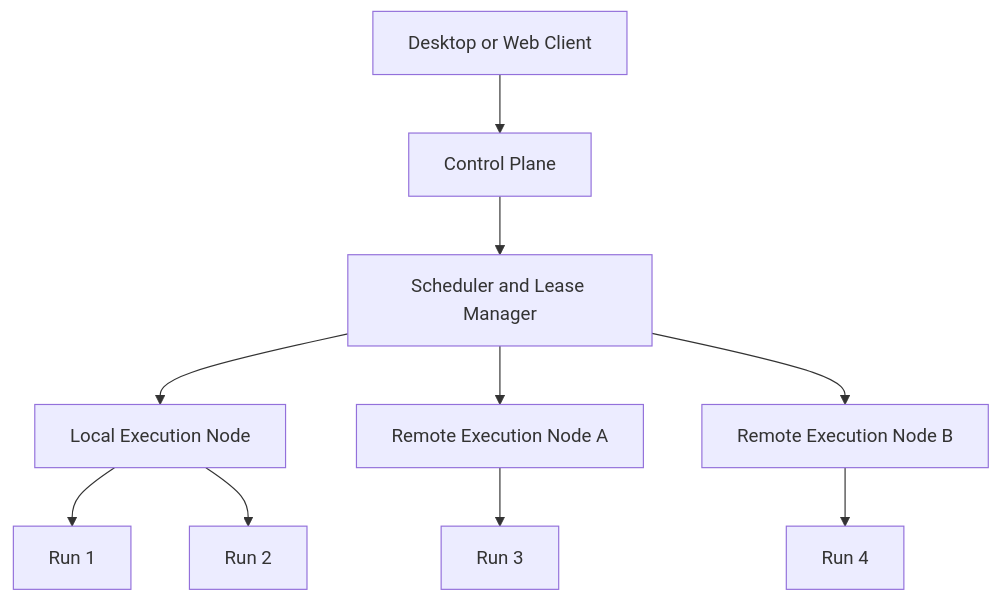
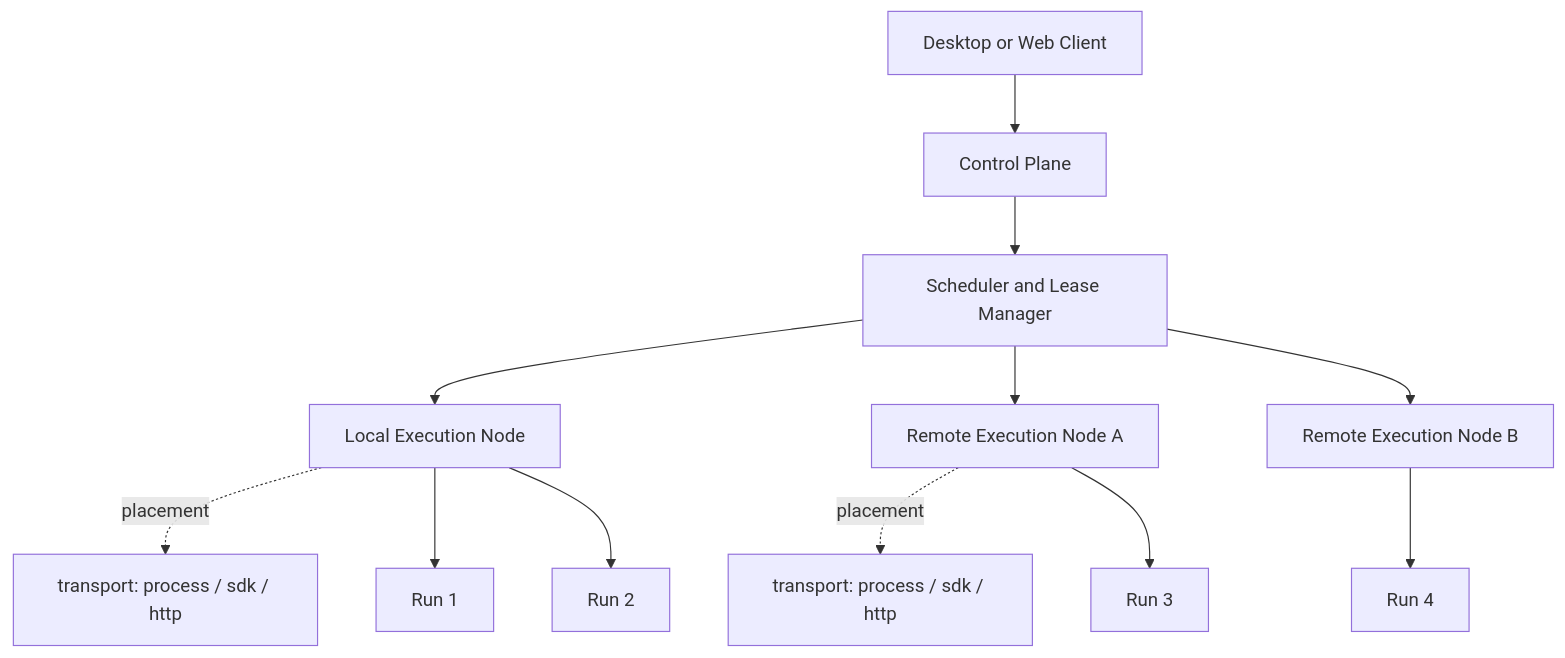
The diagram in docs/diagrams/hybrid-execution-topology.md (nicechencs/workforce), drawn with Mermaid before and after one commit. The commit also changed other lines of this file and 29 other files, not shown here.

First line of the commit message:
docs: align D15-D18 contracts, flows, and docs checks

````diff
--- a/docs/diagrams/hybrid-execution-topology.md
+++ b/docs/diagrams/hybrid-execution-topology.md
@@ -3,12 +11,14 @@
 ```mermaid
 flowchart TB
   Client[Desktop or Web Client] --> Control[Control Plane]
   Control --> Scheduler[Scheduler and Lease Manager]
   Scheduler --> Local[Local Execution Node]
   Scheduler --> RemoteA[Remote Execution Node A]
   Scheduler --> RemoteB[Remote Execution Node B]
+  Local -. placement .-> LTransport[transport: process / sdk / http]
+  RemoteA -. placement .-> RTransport[transport: process / sdk / http]
   Local --> L1[Run 1]
   Local --> L2[Run 2]
   RemoteA --> R1[Run 3]
   RemoteB --> R2[Run 4]
 ```
````
